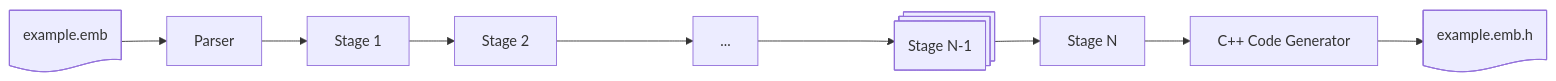
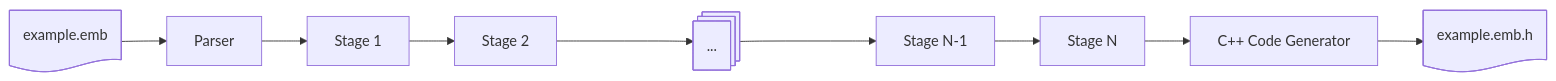
The fourth of 5 diagrams in doc/design.md (reventlov/emboss), drawn with Mermaid before and after one commit.

````diff
--- a/doc/design.md
+++ b/doc/design.md
@@ -166,21 +166,21 @@
 ```mermaid
 %%{init: {"flowchart": {"htmlLabels": false}} }%%
 graph LR
     diskstart@{ shape: doc, label: "example.emb" }
     parser["Parser"]
     stage1@{ shape: proc, label: "Stage 1" }
     stage2@{ shape: proc, label: "Stage 2" }
-    stages@{ shape: proc, label: "..." }
-    stagenm1@{ shape: procs, label: "Stage N-1" }
+    stages@{ shape: procs, label: "..." }
+    stagenm1@{ shape: proc, label: "Stage N-1" }
     stagen@{ shape: proc, label: "Stage N" }
     backend["C++ Code Generator"]
     diskend@{ shape: doc, label: "example.emb.h" }
     diskstart-->parser
     parser-->stage1
     stage1-->stage2
     stage2---->stages
     stages---->stagenm1
     stagenm1-->stagen
     stagen-->backend
     backend-->diskend
 ```
````
